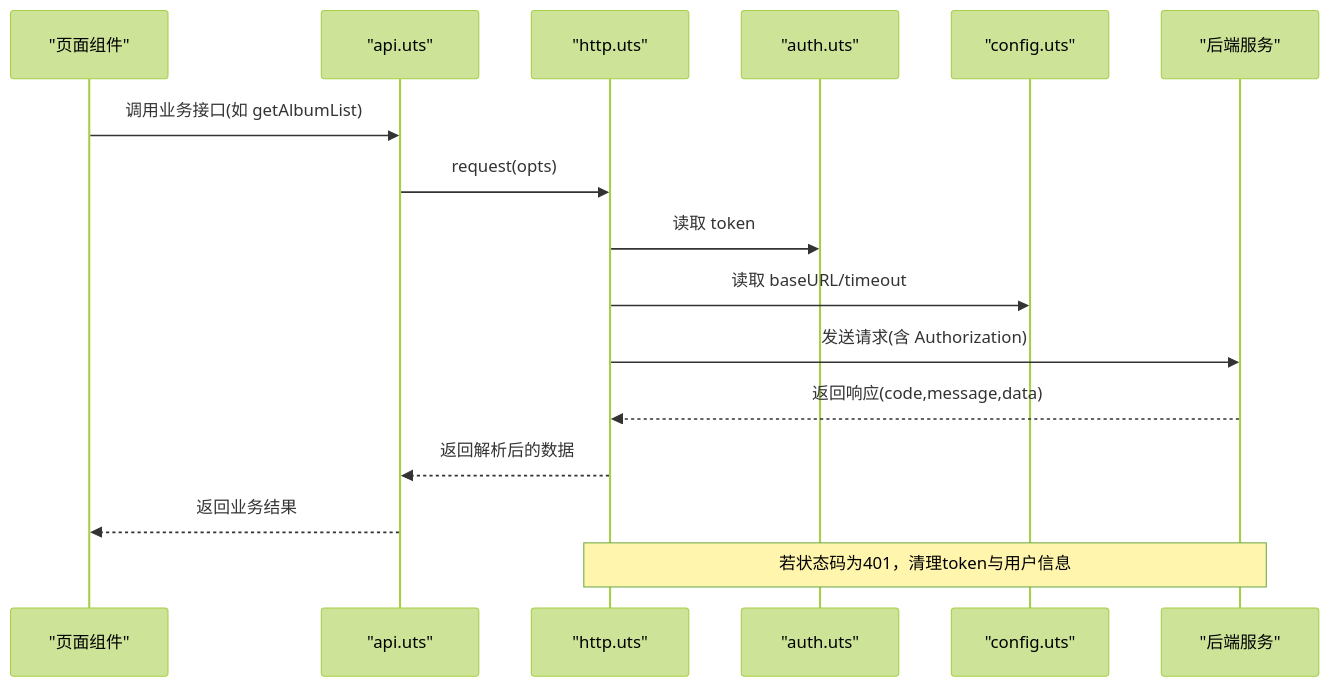
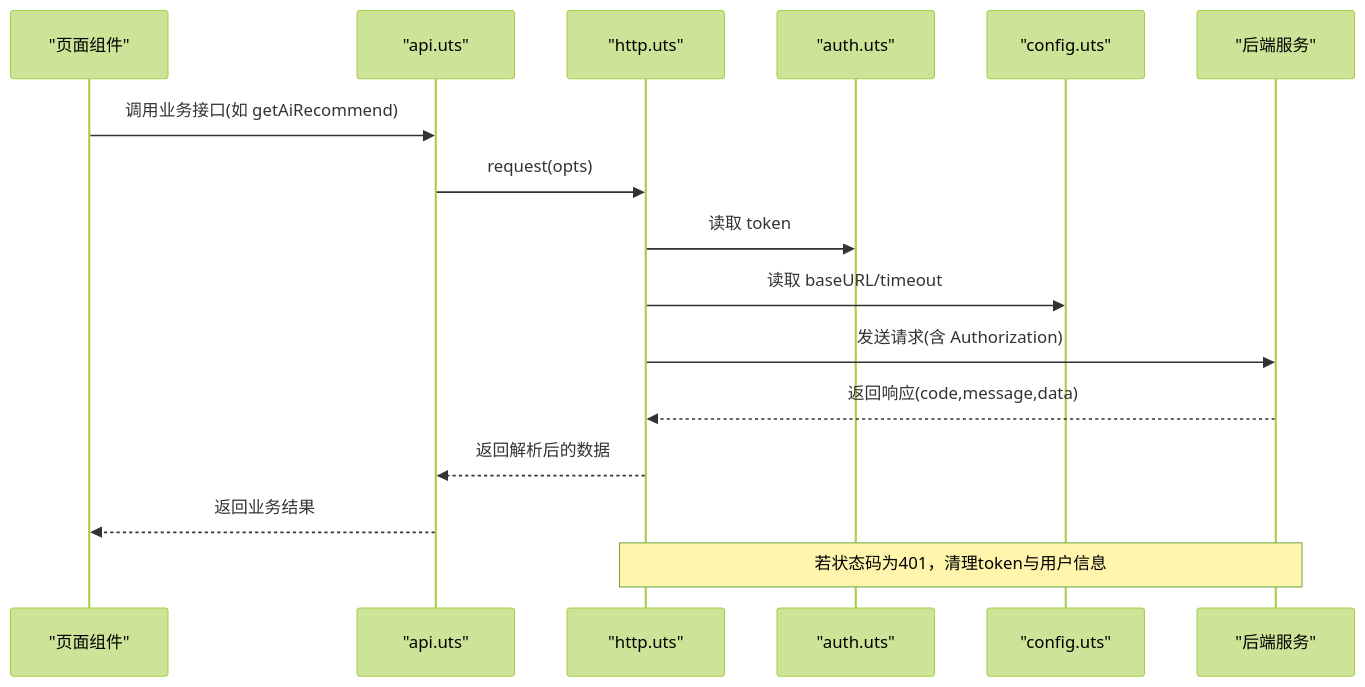
One commit to crazyma99/blueberry changed the second of 3 diagrams in .qoder/repowiki/zh/content/工具模块详解/API接口封装层.md. Above: the diagram before and after it, drawn with Mermaid (forest theme). The commit also changed other lines of this file and 6 other files, not shown here.

````diff
--- a/.qoder/repowiki/zh/content/工具模块详解/API接口封装层.md
+++ b/.qoder/repowiki/zh/content/工具模块详解/API接口封装层.md
@@ -145,18 +165,18 @@
 ```mermaid
 sequenceDiagram
 participant Page as "页面组件"
 participant API as "api.uts"
 participant HTTP as "http.uts"
 participant AUTH as "auth.uts"
 participant Conf as "config.uts"
 participant Server as "后端服务"
-Page->>API : 调用业务接口(如 getAlbumList)
+Page->>API : 调用业务接口(如 getAiRecommend)
 API->>HTTP : request(opts)
 HTTP->>AUTH : 读取 token
 HTTP->>Conf : 读取 baseURL/timeout
 HTTP->>Server : 发送请求(含 Authorization)
 Server-->>HTTP : 返回响应(code,message,data)
 HTTP-->>API : 返回解析后的数据
 API-->>Page : 返回业务结果
 Note over HTTP,Server : 若状态码为401，清理token与用户信息
 ```
````
